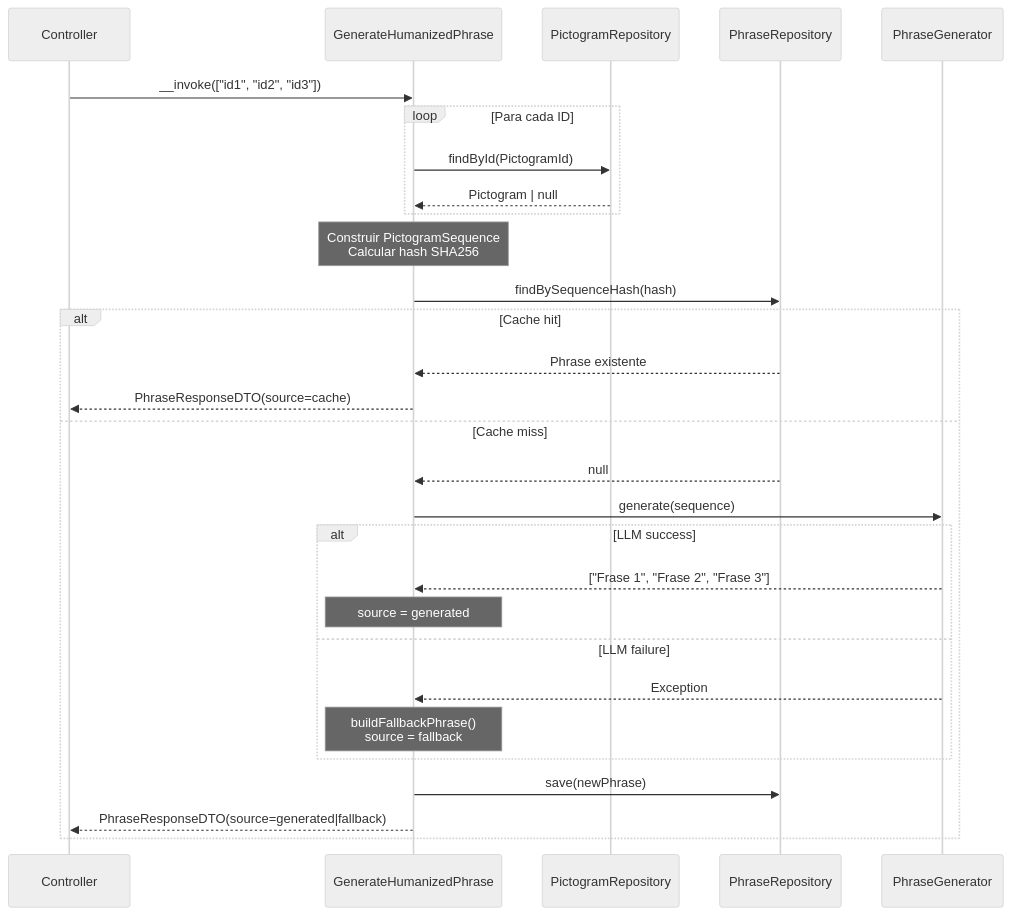
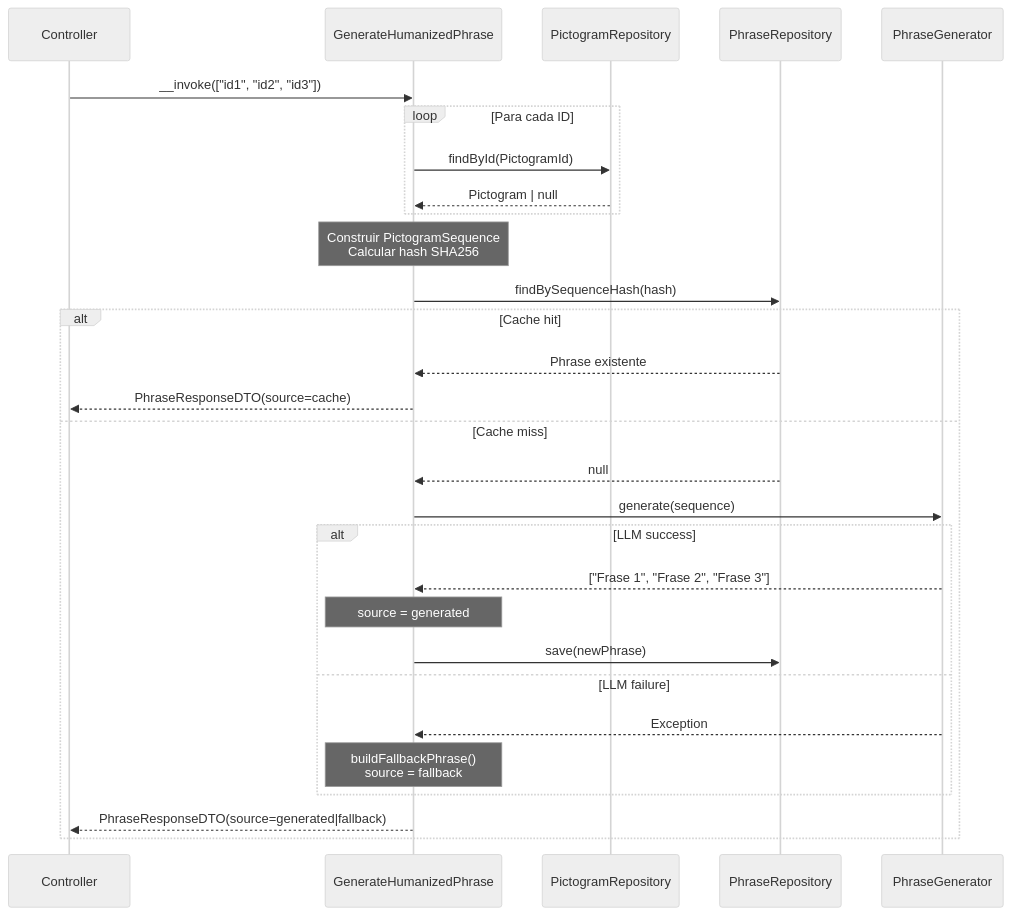
One commit to luismiglezmohino/HablaIA changed the fifth of 8 diagrams in docs/diagrams/application-layer.md. Above: the diagram before and after it, drawn with Mermaid (neutral theme). The commit also changed other lines of this file and 13 other files, not shown here.

````diff
--- a/docs/diagrams/application-layer.md
+++ b/docs/diagrams/application-layer.md
@@ -220,39 +220,39 @@
 ```mermaid
 sequenceDiagram
     participant C as Controller
     participant UC as GenerateHumanizedPhrase
     participant PR as PictogramRepository
     participant PhR as PhraseRepository
     participant LLM as PhraseGenerator
 
     C->>UC: __invoke(["id1", "id2", "id3"])
 
     loop Para cada ID
         UC->>PR: findById(PictogramId)
         PR-->>UC: Pictogram | null
     end
 
     Note over UC: Construir PictogramSequence<br/>Calcular hash SHA256
 
     UC->>PhR: findBySequenceHash(hash)
 
     alt Cache hit
         PhR-->>UC: Phrase existente
         UC-->>C: PhraseResponseDTO(source=cache)
     else Cache miss
         PhR-->>UC: null
 
         UC->>LLM: generate(sequence)
 
         alt LLM success
             LLM-->>UC: ["Frase 1", "Frase 2", "Frase 3"]
             Note over UC: source = generated
+            UC->>PhR: save(newPhrase)
         else LLM failure
             LLM-->>UC: Exception
             Note over UC: buildFallbackPhrase()<br/>source = fallback
         end
 
-        UC->>PhR: save(newPhrase)
         UC-->>C: PhraseResponseDTO(source=generated|fallback)
     end
 ```
````
